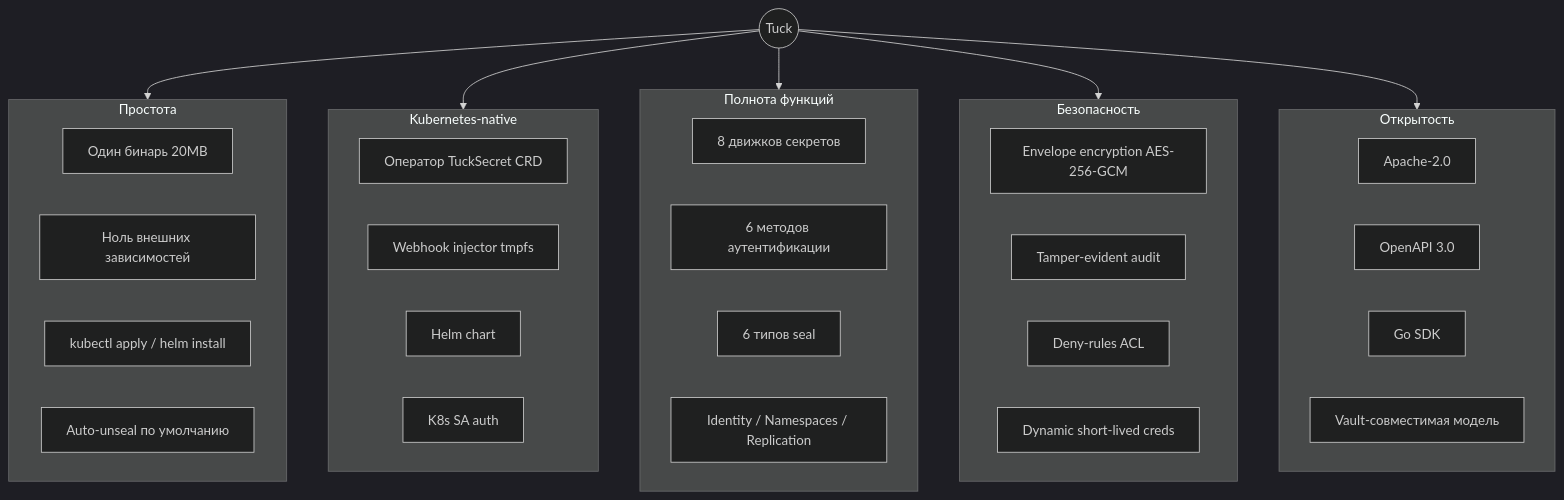
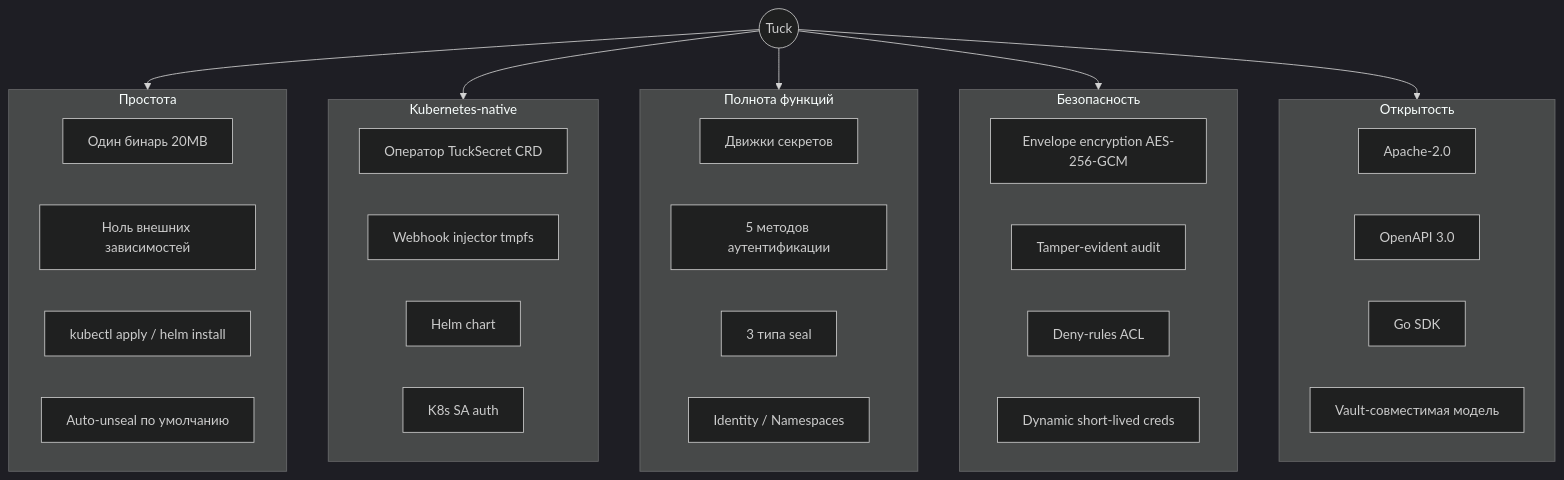
Before and after one commit to NAGenaev/tuck: the first of 2 diagrams in docs/01-overview.md, drawn with Mermaid (dark theme). The commit also changed other lines of this file and 23 other files, not shown here.

````diff
--- a/docs/01-overview.md
+++ b/docs/01-overview.md
@@ -60,39 +60,39 @@
 ```mermaid
 flowchart TB
     ROOT((Tuck))
     subgraph S1["Простота"]
         S1a["Один бинарь 20MB"]
         S1b["Ноль внешних зависимостей"]
         S1c["kubectl apply / helm install"]
         S1d["Auto-unseal по умолчанию"]
     end
     subgraph S2["Kubernetes-native"]
         S2a["Оператор TuckSecret CRD"]
         S2b["Webhook injector tmpfs"]
         S2c["Helm chart"]
         S2d["K8s SA auth"]
     end
     subgraph S3["Полнота функций"]
-        S3a["8 движков секретов"]
-        S3b["6 методов аутентификации"]
-        S3c["6 типов seal"]
-        S3d["Identity / Namespaces / Replication"]
+        S3a["Движки секретов"]
+        S3b["5 методов аутентификации"]
+        S3c["3 типа seal"]
+        S3d["Identity / Namespaces"]
     end
     subgraph S4["Безопасность"]
         S4a["Envelope encryption AES-256-GCM"]
         S4b["Tamper-evident audit"]
         S4c["Deny-rules ACL"]
         S4d["Dynamic short-lived creds"]
     end
     subgraph S5["Открытость"]
         S5a["Apache-2.0"]
         S5b["OpenAPI 3.0"]
         S5c["Go SDK"]
         S5d["Vault-совместимая модель"]
     end
     ROOT --> S1
     ROOT --> S2
     ROOT --> S3
     ROOT --> S4
     ROOT --> S5
 ```
````
